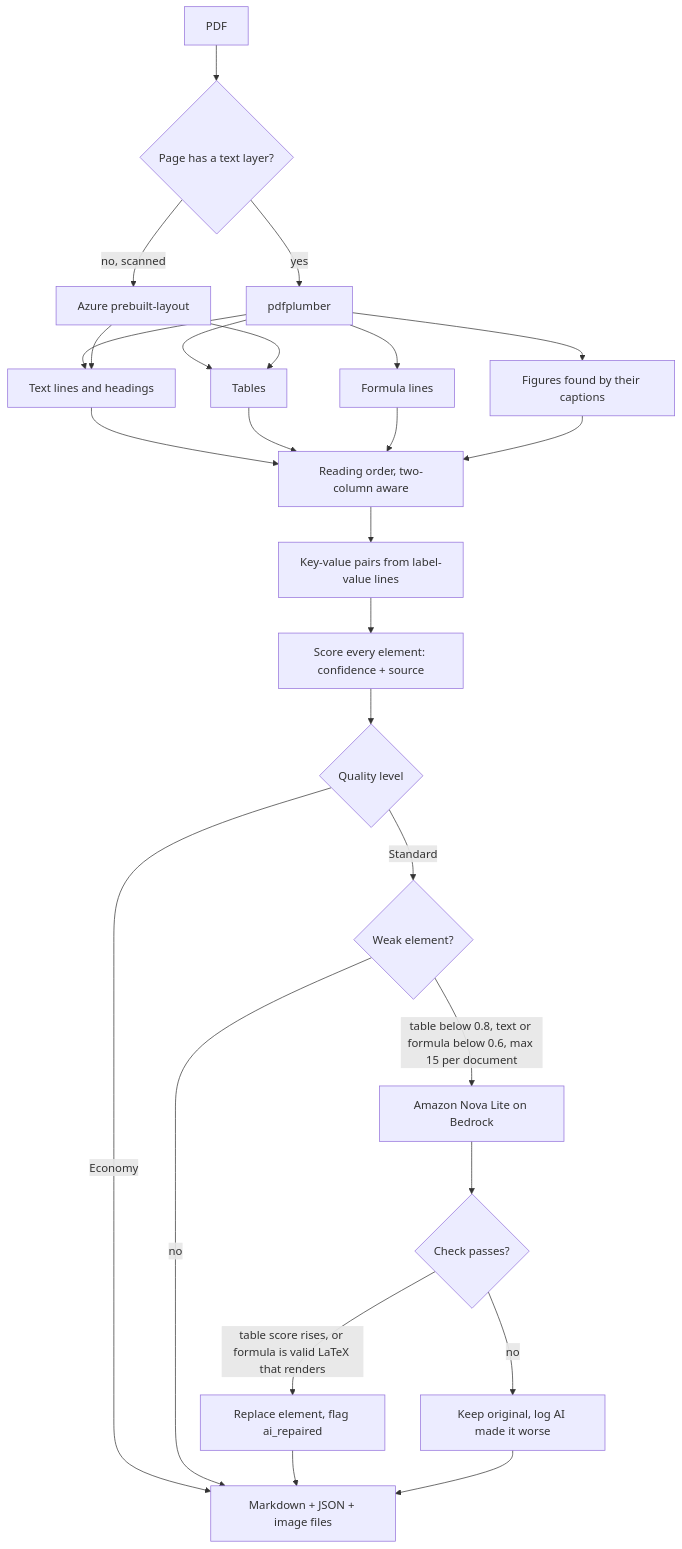
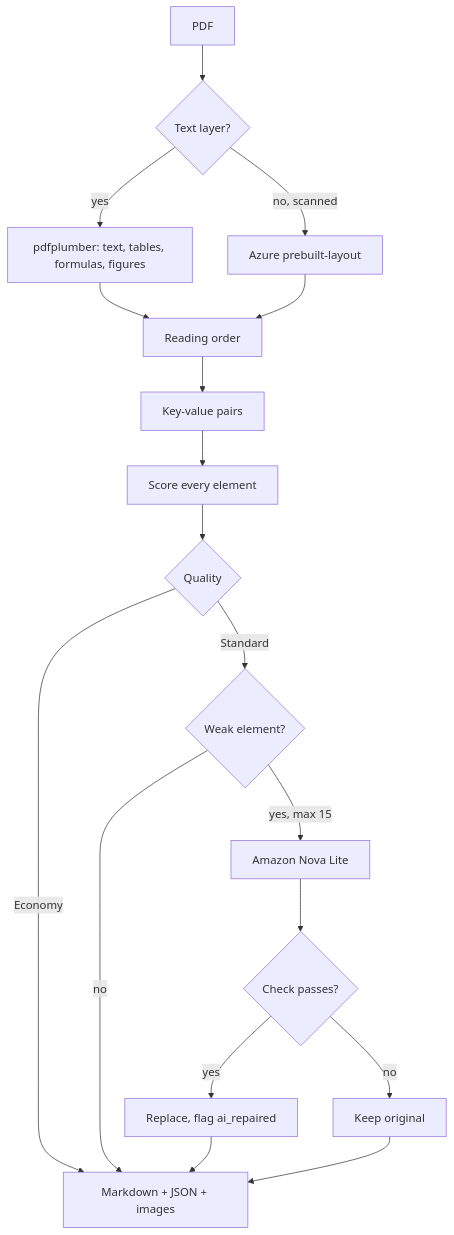
The diagram in README.md (sarahk15-king/PageWise---PDF-URL-to-Markdown-file), drawn with Mermaid before and after one commit. The commit also changed other lines of this file, not shown here.

````diff
--- a/README.md
+++ b/README.md
@@ -115,28 +23,20 @@
 ```mermaid
 flowchart TD
-    PDF[PDF] --> CHK{Page has a text layer?}
-    CHK -->|yes| PL[pdfplumber]
+    PDF[PDF] --> CHK{Text layer?}
+    CHK -->|yes| PL[pdfplumber: text, tables, formulas, figures]
     CHK -->|no, scanned| AZ[Azure prebuilt-layout]
-    PL --> T[Text lines and headings]
-    PL --> TB[Tables]
-    PL --> FM[Formula lines]
-    PL --> FG[Figures found by their captions]
-    AZ --> T
-    AZ --> TB
-    T --> RO[Reading order, two-column aware]
-    TB --> RO
-    FM --> RO
-    FG --> RO
-    RO --> KV[Key-value pairs from label-value lines]
-    KV --> SC[Score every element: confidence + source]
-    SC --> Q{Quality level}
+    PL --> RO[Reading order]
+    AZ --> RO
+    RO --> KV[Key-value pairs]
+    KV --> SC[Score every element]
+    SC --> Q{Quality}
     Q -->|Economy| OUT
     Q -->|Standard| W{Weak element?}
-    W -->|table below 0.8, text or formula below 0.6, max 15 per document| NL[Amazon Nova Lite on Bedrock]
     W -->|no| OUT
+    W -->|yes, max 15| NL[Amazon Nova Lite]
     NL --> CK{Check passes?}
-    CK -->|table score rises, or formula is valid LaTeX that renders| ACC[Replace element, flag ai_repaired]
-    CK -->|no| KEEP[Keep original, log AI made it worse]
-    ACC --> OUT[Markdown + JSON + image files]
+    CK -->|yes| ACC[Replace, flag ai_repaired]
+    CK -->|no| KEEP[Keep original]
+    ACC --> OUT[Markdown + JSON + images]
     KEEP --> OUT
 ```
````
